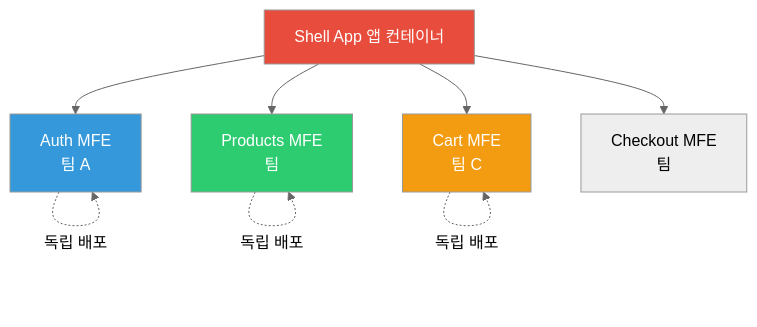
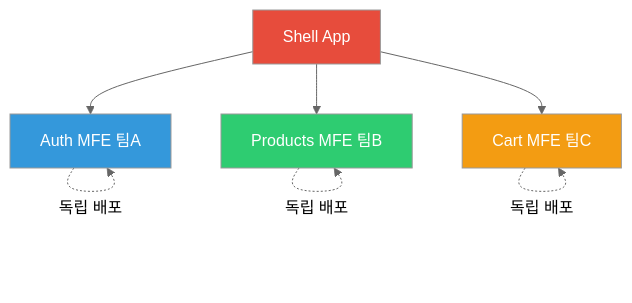
The sixth of 7 diagrams in _posts/frontend/2026-05-02-frontend-architecture.md (yjkim2015/yjkim2015.github.io), drawn with Mermaid (neutral theme) before and after one commit. The commit also changed other lines of this file and 155 other files, not shown here.

First line of the commit message:
Mermaid 전면 수정: subgraph 제거, participant/노드/줄수 축소 (342블록)

````diff
--- a/_posts/frontend/2026-05-02-frontend-architecture.md
+++ b/_posts/frontend/2026-05-02-frontend-architecture.md
@@ -267,15 +267,14 @@
 ```mermaid
 graph TD
-    SHELL["Shell App 앱 컨테이너"]
-    SHELL --> AUTH["Auth MFE<br>팀 A"]
-    SHELL --> PRODUCTS["Products MFE<br>팀"]
-    SHELL --> CART["Cart MFE<br>팀 C"]
-    SHELL --> CHECKOUT["Checkout MFE<br>팀"]
+    SHELL["Shell App"]
+    SHELL --> AUTH["Auth MFE 팀A"]
+    SHELL --> PRODUCTS["Products MFE 팀B"]
+    SHELL --> CART["Cart MFE 팀C"]
     AUTH -.->|"독립 배포"| AUTH
     PRODUCTS -.->|"독립 배포"| PRODUCTS
     CART -.->|"독립 배포"| CART
     style SHELL fill:#e74c3c,color:#fff
     style AUTH fill:#3498db,color:#fff
     style PRODUCTS fill:#2ecc71,color:#fff
     style CART fill:#f39c12,color:#fff
 ```
````
